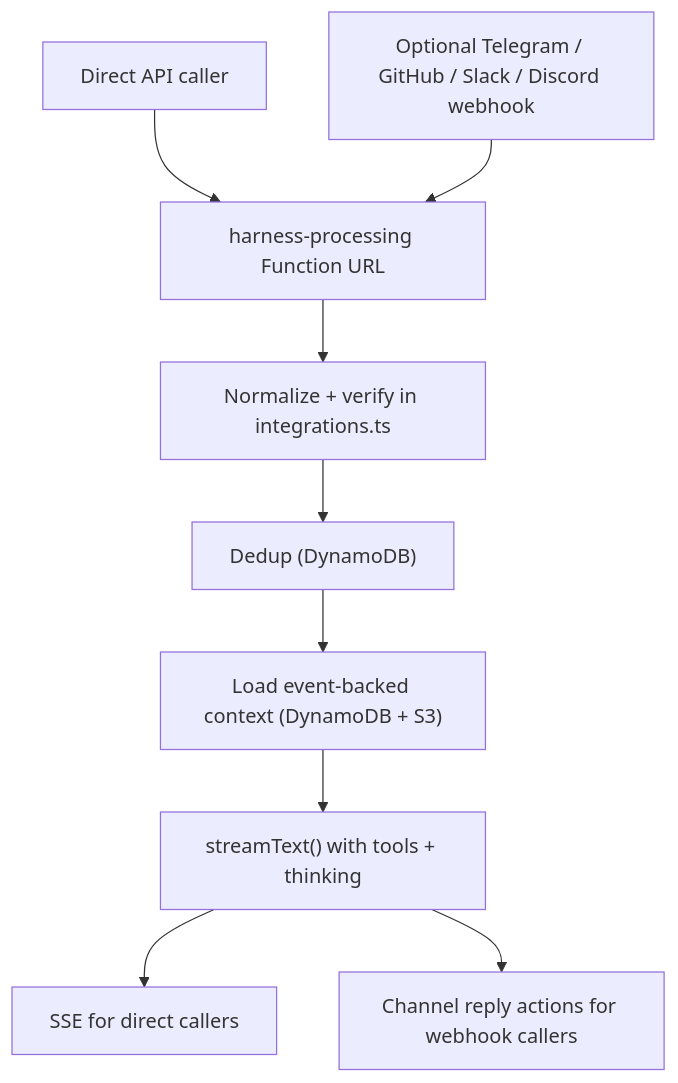
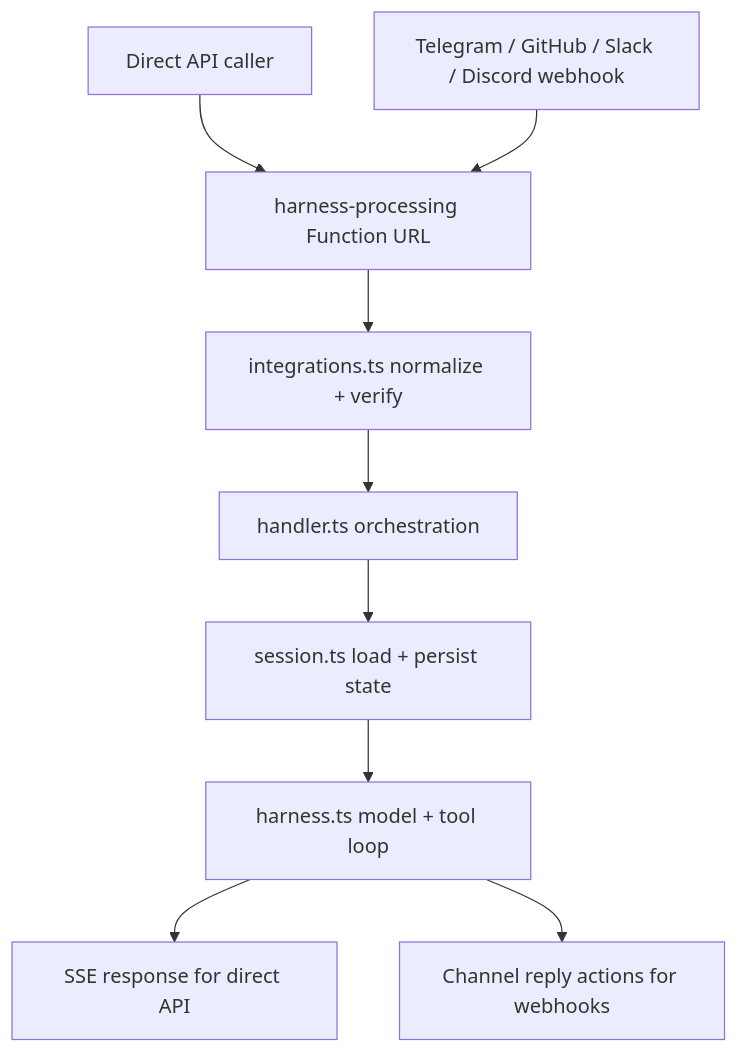
Before and after one commit to beeblastco/filthy-panty: the diagram in README.md, drawn with Mermaid. The commit also changed other lines of this file and 20 other files, not shown here.

Commit message:
Harden direct API and storage isolation

````diff
--- a/README.md
+++ b/README.md
@@ -13,11 +13,11 @@
 ```mermaid
 flowchart TD
   A["Direct API caller"] --> B["harness-processing Function URL"]
-  C["Optional Telegram / GitHub / Slack / Discord webhook"] --> B
-  B --> D["Normalize + verify in integrations.ts"]
-  D --> E["Dedup (DynamoDB)"]
-  E --> F["Load event-backed context (DynamoDB + S3)"]
-  F --> G["streamText() with tools + thinking"]
-  G --> H["SSE for direct callers"]
-  G --> I["Channel reply actions for webhook callers"]
+  C["Telegram / GitHub / Slack / Discord webhook"] --> B
+  B --> D["integrations.ts normalize + verify"]
+  D --> E["handler.ts orchestration"]
+  E --> F["session.ts load + persist state"]
+  F --> G["harness.ts model + tool loop"]
+  G --> H["SSE response for direct API"]
+  G --> I["Channel reply actions for webhooks"]
 ```
````
